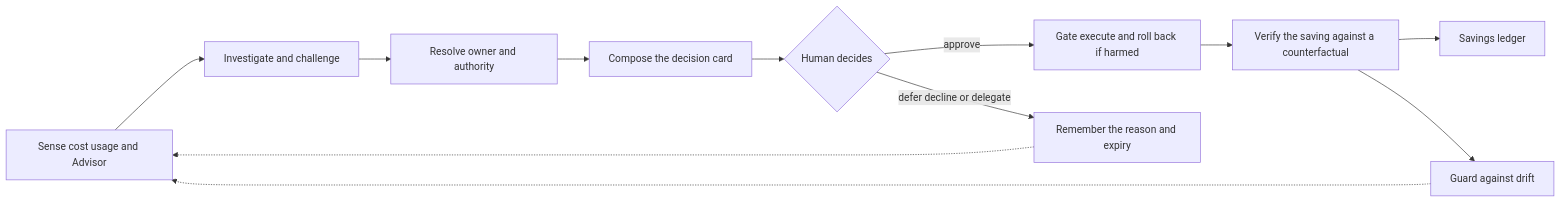
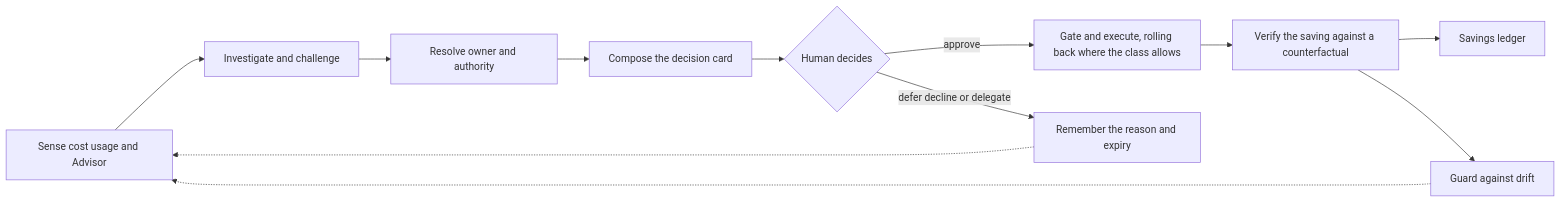
Before and after one commit to tinodo/meternaut: the diagram in docs/ideation/00-one-page-overview.md, drawn with Mermaid. The commit also changed 19 other files, not shown here.

````diff
--- a/docs/ideation/00-one-page-overview.md
+++ b/docs/ideation/00-one-page-overview.md
@@ -17,14 +17,14 @@
 ```mermaid
 flowchart LR
     S[Sense cost usage and Advisor] --> I[Investigate and challenge]
     I --> O[Resolve owner and authority]
     O --> C[Compose the decision card]
     C --> H{Human decides}
-    H -->|approve| G[Gate execute and roll back if harmed]
+    H -->|approve| G[Gate and execute, rolling back where the class allows]
     H -->|defer decline or delegate| M[Remember the reason and expiry]
     G --> V[Verify the saving against a counterfactual]
     V --> L[Savings ledger]
     V --> D[Guard against drift]
     D -.-> S
     M -.-> S
 ```
````
